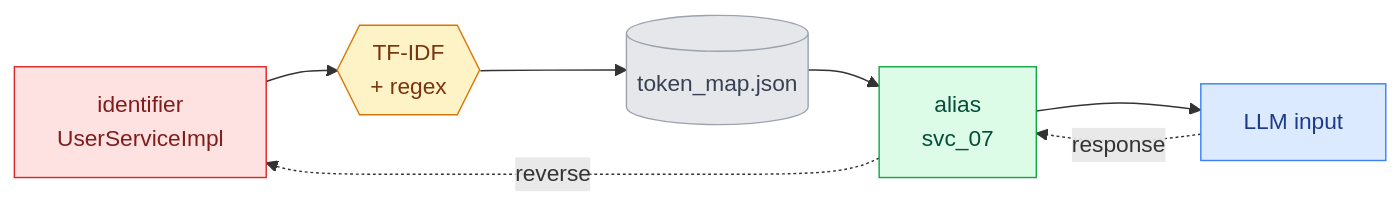
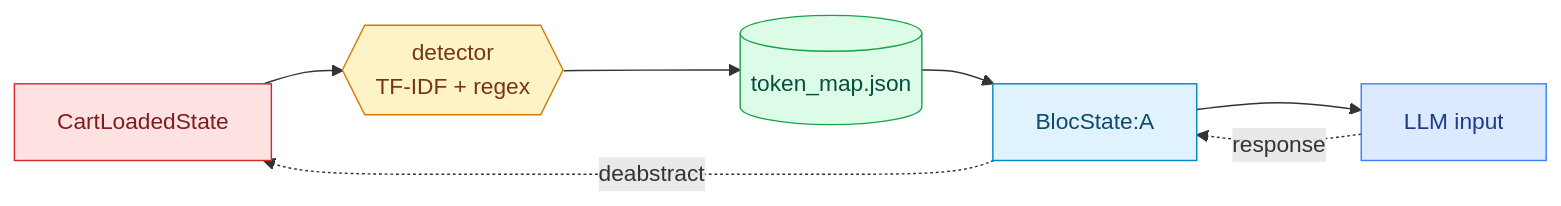
Before and after one commit to MakerPact/claudart: the fifth of 7 diagrams in README.md, drawn with Mermaid. The commit also changed other lines of this file, not shown here.

````diff
--- a/README.md
+++ b/README.md
@@ -328,15 +351,14 @@
 ```mermaid
 flowchart LR
-  Id[identifier<br/>UserServiceImpl]:::raw
-  Id --> M{{TF-IDF<br/>+ regex}}:::fn
-  M --> Map[(token_map.json)]:::store
-  Map --> Al[alias<br/>svc_07]:::abs
-  Al --> LLM[LLM input]:::out
+  Id[CartLoadedState]:::raw --> D{{detector<br/>TF-IDF + regex}}:::fn
+  D --> M[(token_map.json)]:::state
+  M --> Al[BlocState:A]:::cmd
+  Al --> LLM[LLM input]:::ext
   LLM -.->|response| Al
-  Al -.->|reverse| Id
+  Al -.->|deabstract| Id
+  classDef state fill:#dcfce7,color:#064e3b,stroke:#16a34a
+  classDef cmd fill:#e0f2fe,color:#0c4a6e,stroke:#0284c7
+  classDef fn fill:#fef3c7,color:#78350f,stroke:#d97706
+  classDef ext fill:#dbeafe,color:#1e3a8a,stroke:#3b82f6
   classDef raw fill:#fee2e2,color:#7f1d1d,stroke:#dc2626
-  classDef fn fill:#fef3c7,color:#78350f,stroke:#d97706
-  classDef store fill:#e5e7eb,color:#374151,stroke:#9ca3af
-  classDef abs fill:#dcfce7,color:#064e3b,stroke:#16a34a
-  classDef out fill:#dbeafe,color:#1e3a8a,stroke:#3b82f6
 ```
````
